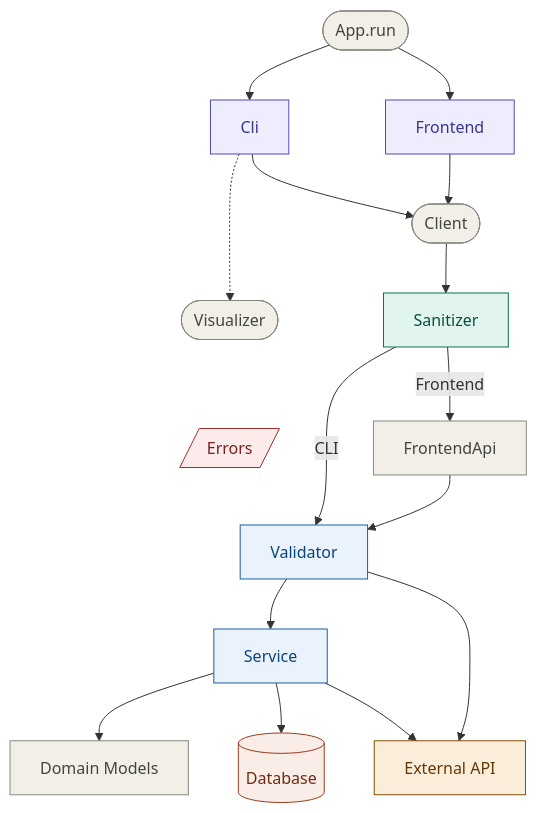
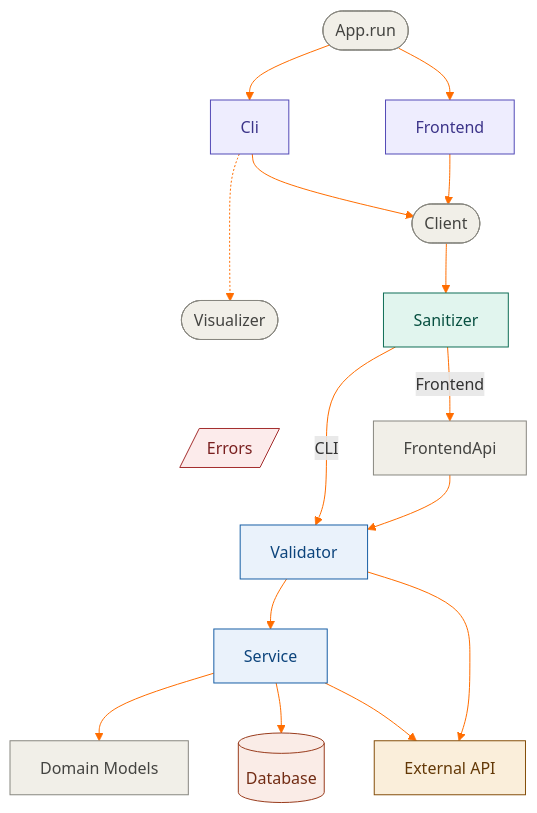
Before and after one commit to Aditi1900/investment-app: the first of 6 diagrams in images/mermaid-source.md, drawn with Mermaid. The commit also changed other lines of this file and 12 other files, not shown here.

Commit message:
changed mermaid source and images arrows to a clear orange

````diff
--- a/images/mermaid-source.md
+++ b/images/mermaid-source.md
@@ -3,40 +3,56 @@
 ```mermaid
 flowchart TD
     A([App.run])
 
     A --> B[Cli]
     A --> C[Frontend]
     B -.-> VIZ([Visualizer])
     VIZ ~~~ ERR[/Errors/]
     ERR ~~~ G
 
     B --> D([Client])
     C --> D
 
     D --> E[Sanitizer]
 
     E -->|CLI| G[Validator]
     E -->|Frontend| F[FrontendApi]
     F --> G
 
     G --> H[Service]
     G --> EXT[External API]
     EXT ~~~ H
     H --> DOM[Domain Models]
     H --> I[(Database)]
     H --> EXT
 
     style A fill:#F1EFE8,stroke:#888780,color:#444441
     style D fill:#F1EFE8,stroke:#888780,color:#444441
     style VIZ fill:#F1EFE8,stroke:#888780,color:#444441
     style B fill:#EEEDFE,stroke:#534AB7,color:#3C3489
     style C fill:#EEEDFE,stroke:#534AB7,color:#3C3489
     style E fill:#E1F5EE,stroke:#0F6E56,color:#085041
     style F fill:#F1EFE8,stroke:#888780,color:#444441
     style G fill:#EAF2FB,stroke:#185FA5,color:#0C447C
     style H fill:#EAF2FB,stroke:#185FA5,color:#0C447C
     style I fill:#FAECE7,stroke:#993C1D,color:#712B13
     style EXT fill:#FAEEDA,stroke:#854F0B,color:#633806
     style DOM fill:#F1EFE8,stroke:#888780,color:#444441
     style ERR fill:#FCEBEB,stroke:#A32D2D,color:#791F1F
+    linkStyle 0 stroke:#FF6D00,fill:none
+    linkStyle 1 stroke:#FF6D00,fill:none
+    linkStyle 2 stroke:#FF6D00,fill:none
+    linkStyle 3 stroke:#FF6D00,fill:none
+    linkStyle 4 stroke:#FF6D00,fill:none
+    linkStyle 5 stroke:#FF6D00,fill:none
+    linkStyle 6 stroke:#FF6D00,fill:none
+    linkStyle 7 stroke:#FF6D00,fill:none
+    linkStyle 8 stroke:#FF6D00,fill:none
+    linkStyle 9 stroke:#FF6D00,fill:none
+    linkStyle 10 stroke:#FF6D00,fill:none
+    linkStyle 11 stroke:#FF6D00,fill:none
+    linkStyle 12 stroke:#FF6D00,fill:none
+    linkStyle 14 stroke:#FF6D00
+    linkStyle 15 stroke:#FF6D00,fill:none
+    linkStyle 16 stroke:#FF6D00,fill:none
 ```
````
